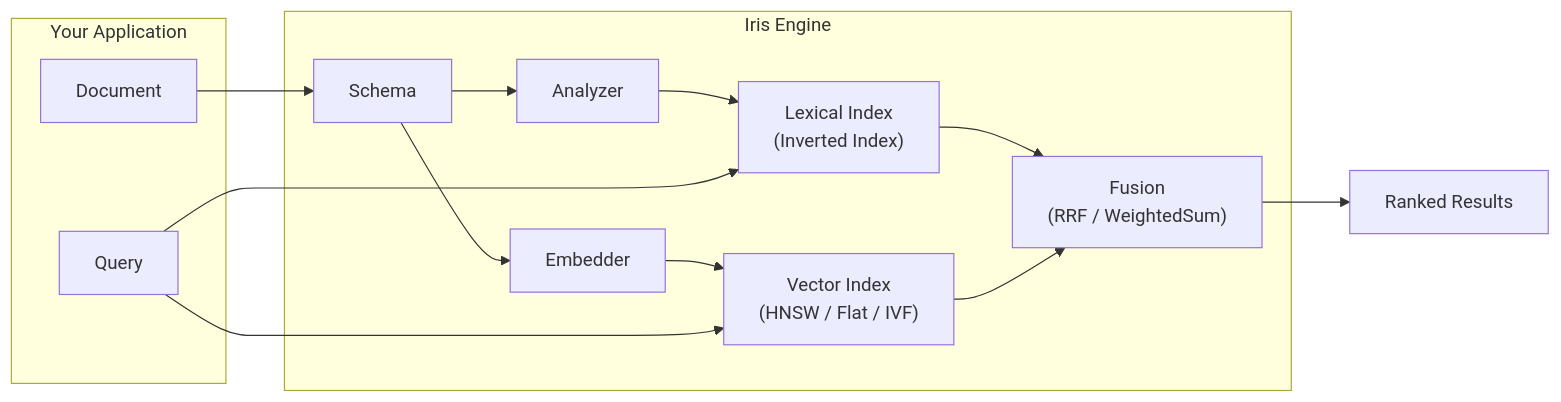
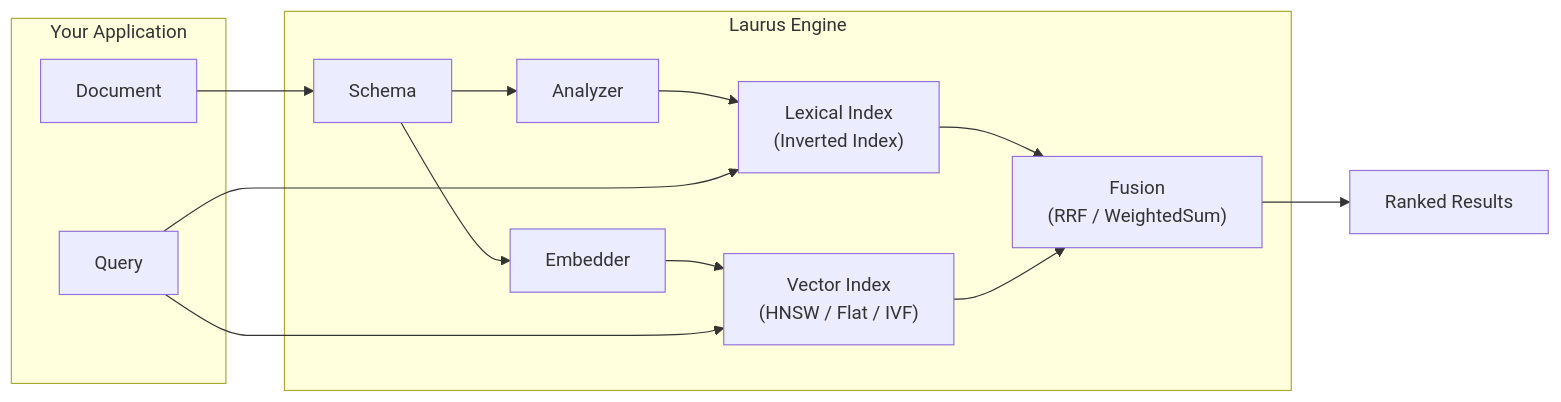
One commit to mosuka/iris changed the diagram in docs/src/README.md. Above: the diagram before and after it, drawn with Mermaid. The commit also changed other lines of this file and 451 other files, not shown here.

````diff
--- a/docs/src/README.md
+++ b/docs/src/README.md
@@ -22,23 +22,23 @@
 ```mermaid
 graph LR
     subgraph Your Application
         D["Document"]
         Q["Query"]
     end
 
-    subgraph Iris Engine
+    subgraph Laurus Engine
         SCH["Schema"]
         AN["Analyzer"]
         EM["Embedder"]
         LI["Lexical Index\n(Inverted Index)"]
         VI["Vector Index\n(HNSW / Flat / IVF)"]
         FU["Fusion\n(RRF / WeightedSum)"]
     end
 
     D --> SCH
     SCH --> AN --> LI
     SCH --> EM --> VI
     Q --> LI --> FU
     Q --> VI --> FU
     FU --> R["Ranked Results"]
 ```
````
